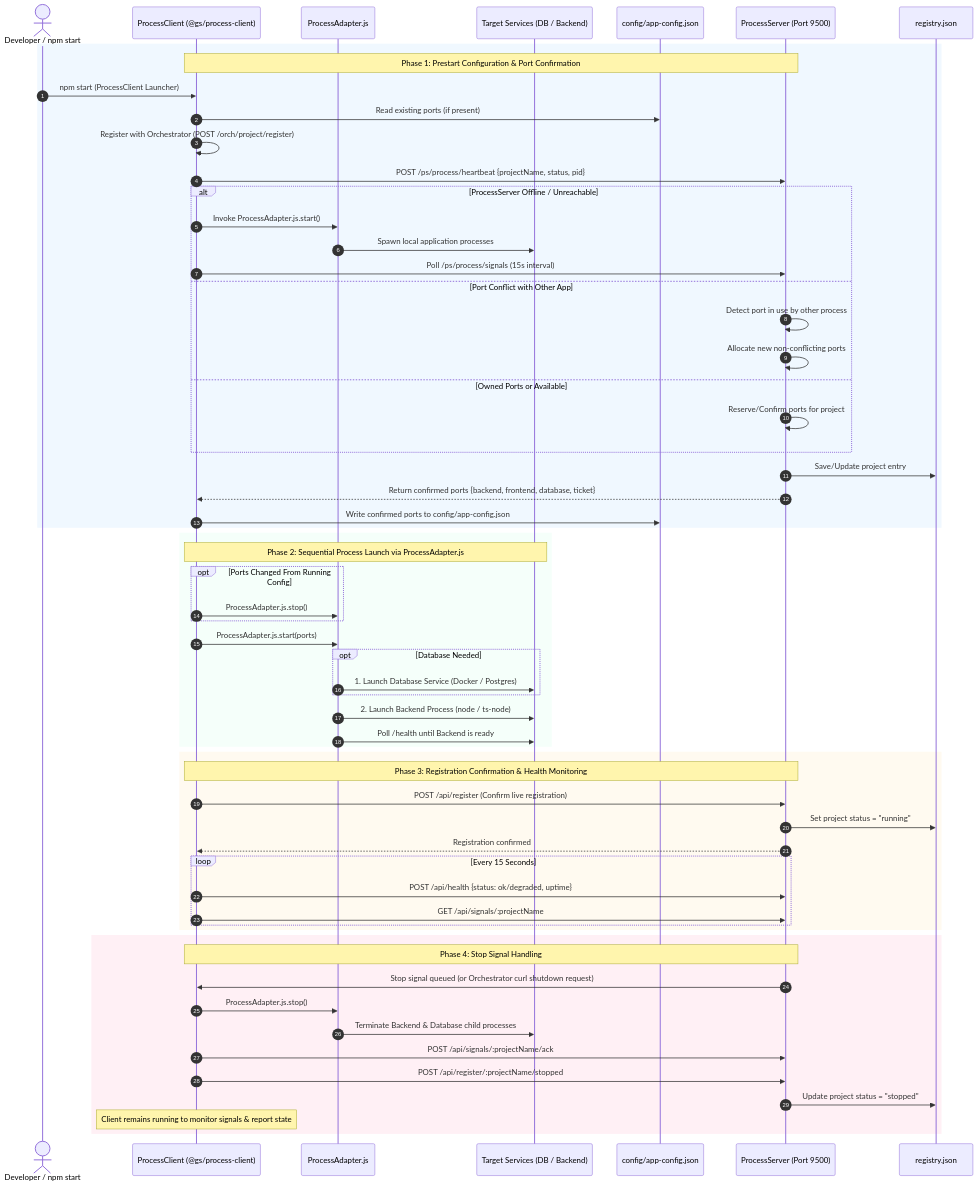
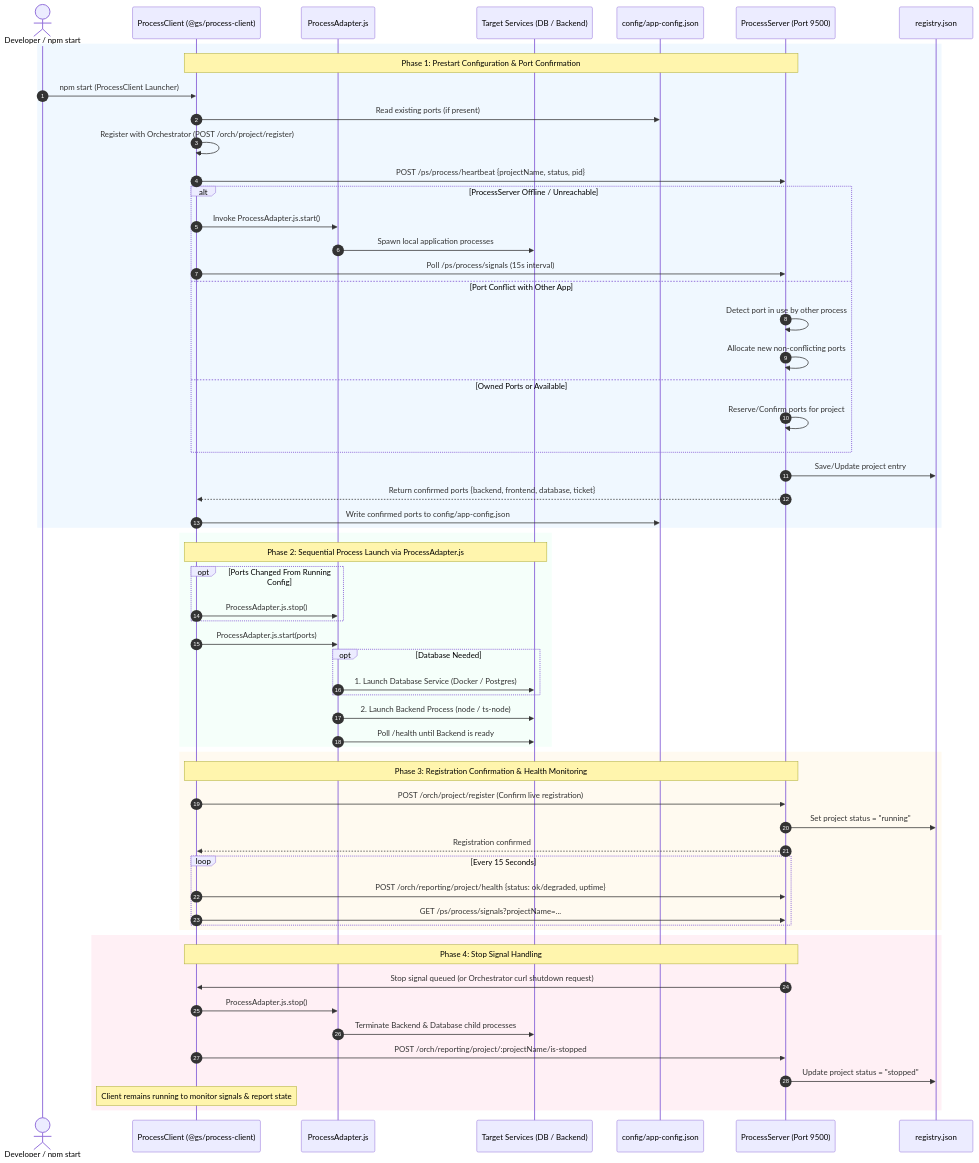
Before and after one commit to carltham/GS-Orchestrator: the diagram in architecture/CLIENT_WORKFLOW.md, drawn with Mermaid. The commit also changed 36 other files, not shown here.

````diff
--- a/architecture/CLIENT_WORKFLOW.md
+++ b/architecture/CLIENT_WORKFLOW.md
@@ -5,77 +5,76 @@
 ```mermaid
 sequenceDiagram
     autonumber
     actor Dev as Developer / npm start
     participant Client as ProcessClient (@gs/process-client)
     participant Adapter as ProcessAdapter.js
     participant LocalApp as Target Services (DB / Backend)
     participant Config as config/app-config.json
     participant Server as ProcessServer (Port 9500)
     participant Reg as registry.json
 
     %% Phase 1: Prestart & Port Confirmation
     rect rgb(240, 248, 255)
         note over Client, Server: Phase 1: Prestart Configuration & Port Confirmation
         Dev->>Client: npm start (ProcessClient Launcher)
         Client->>Config: Read existing ports (if present)
         Client->>Client: Register with Orchestrator (POST /orch/project/register)
         Client->>Server: POST /ps/process/heartbeat {projectName, status, pid}
         
         alt ProcessServer Offline / Unreachable
             Client->>Adapter: Invoke ProcessAdapter.js.start()
             Adapter->>LocalApp: Spawn local application processes
             Client->>Server: Poll /ps/process/signals (15s interval)
         else Port Conflict with Other App
             Server->>Server: Detect port in use by other process
             Server->>Server: Allocate new non-conflicting ports
         else Owned Ports or Available
             Server->>Server: Reserve/Confirm ports for project
         end
         
         Server->>Reg: Save/Update project entry
         Server-->>Client: Return confirmed ports {backend, frontend, database, ticket}
         Client->>Config: Write confirmed ports to config/app-config.json
     end
 
     %% Phase 2: Sequential Startup via ProcessAdapter.js
     rect rgb(245, 255, 250)
         note over Client, LocalApp: Phase 2: Sequential Process Launch via ProcessAdapter.js
         opt Ports Changed From Running Config
             Client->>Adapter: ProcessAdapter.js.stop()
         end
         
         Client->>Adapter: ProcessAdapter.js.start(ports)
         
         opt Database Needed
             Adapter->>LocalApp: 1. Launch Database Service (Docker / Postgres)
         end
         
         Adapter->>LocalApp: 2. Launch Backend Process (node / ts-node)
         Adapter->>LocalApp: Poll /health until Backend is ready
     end
 
     %% Phase 3: Registration Confirmation & Heartbeat
     rect rgb(255, 250, 240)
         note over Client, Server: Phase 3: Registration Confirmation & Health Monitoring
-        Client->>Server: POST /api/register (Confirm live registration)
+        Client->>Server: POST /orch/project/register (Confirm live registration)
         Server->>Reg: Set project status = "running"
         Server-->>Client: Registration confirmed
         
         loop Every 15 Seconds
-            Client->>Server: POST /api/health {status: ok/degraded, uptime}
-            Client->>Server: GET /api/signals/:projectName
+            Client->>Server: POST /orch/reporting/project/health {status: ok/degraded, uptime}
+            Client->>Server: GET /ps/process/signals?projectName=...
         end
     end
 
     %% Phase 4: Stop & Shutdown Signal Handling
     rect rgb(255, 240, 245)
         note over Client, Server: Phase 4: Stop Signal Handling
         Server->>Client: Stop signal queued (or Orchestrator curl shutdown request)
         Client->>Adapter: ProcessAdapter.js.stop()
         Adapter->>LocalApp: Terminate Backend & Database child processes
-        Client->>Server: POST /api/signals/:projectName/ack
-        Client->>Server: POST /api/register/:projectName/stopped
+        Client->>Server: POST /orch/reporting/project/:projectName/is-stopped
         Server->>Reg: Update project status = "stopped"
         note over Client: Client remains running to monitor signals & report state
     end
 ```
````
